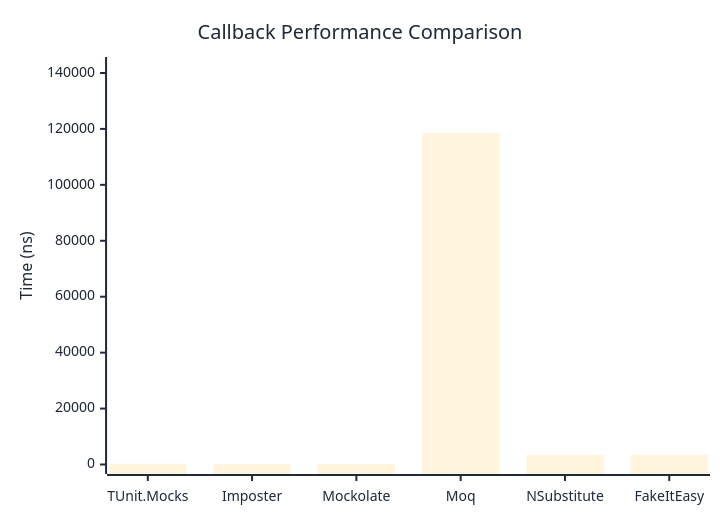
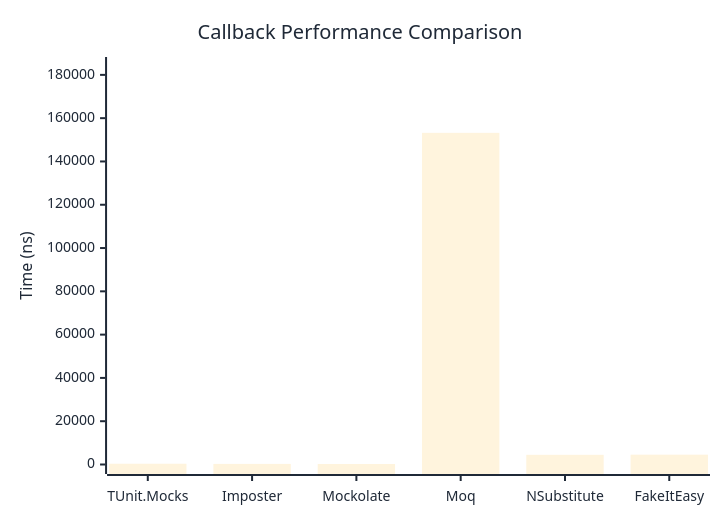
Before and after one commit to thomhurst/TUnit: the first of 2 diagrams in docs/docs/benchmarks/mocks/Callback.md, drawn with Mermaid. The commit also changed other lines of this file and 14 other files, not shown here.

````diff
--- a/docs/docs/benchmarks/mocks/Callback.md
+++ b/docs/docs/benchmarks/mocks/Callback.md
@@ -30,27 +30,27 @@
 ```mermaid
 %%{init: {
   'theme':'base',
   'themeVariables': {
     'primaryColor': '#2563eb',
     'primaryTextColor': '#1f2937',
     'primaryBorderColor': '#1e40af',
     'lineColor': '#6b7280',
     'secondaryColor': '#7c3aed',
     'tertiaryColor': '#dc2626',
     'background': '#ffffff',
     'pie1': '#2563eb',
     'pie2': '#7c3aed',
     'pie3': '#dc2626',
     'pie4': '#f59e0b',
     'pie5': '#10b981',
     'pie6': '#06b6d4',
     'pie7': '#ec4899',
     'pie8': '#6366f1'
   }
 }}%%
 xychart-beta
   title "Callback Performance Comparison"
   x-axis ["TUnit.Mocks", "Imposter", "Mockolate", "Moq", "NSubstitute", "FakeItEasy"]
-  y-axis "Time (ns)" 0 --> 142315
-  bar [277.7, 195.6, 169.9, 118595.2, 3401.8, 3383.1]
+  y-axis "Time (ns)" 0 --> 183868
+  bar [350.7, 268.5, 218.4, 153222.8, 4471, 4542.6]
 ```
````
